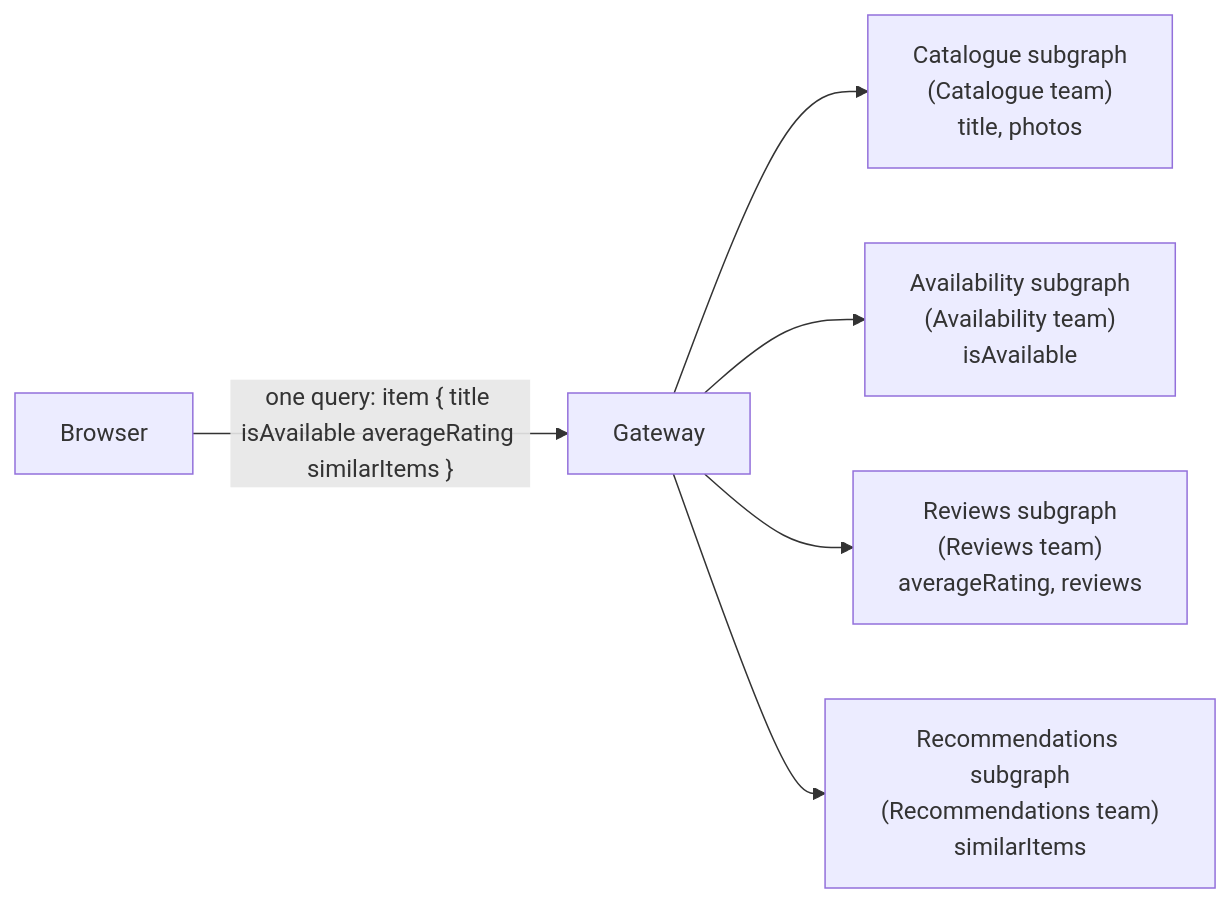
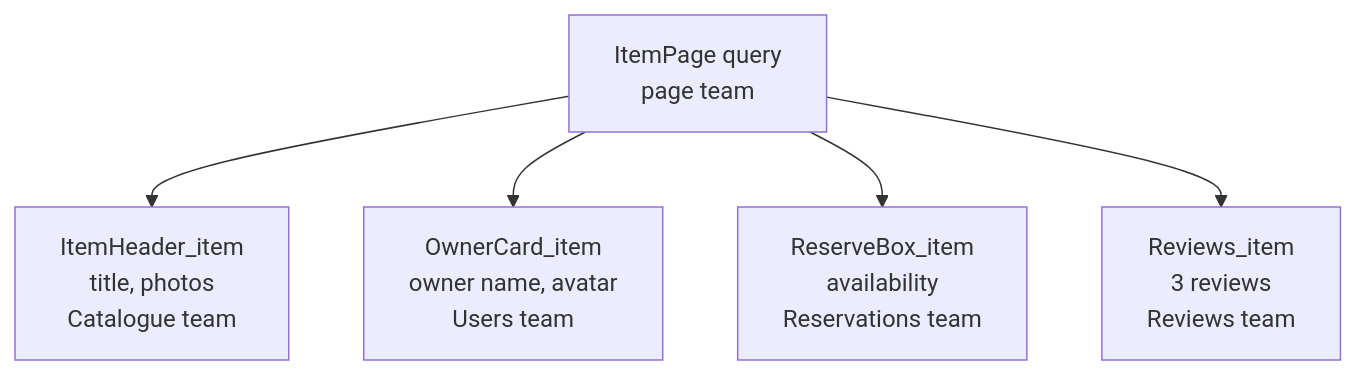
The fourth of 5 diagrams in topics/graphql-vs-rest/README.md (christiansany/cas-fee-26-frontend-challenges), drawn with Mermaid before and after one commit. The commit also changed other lines of this file and 8 other files, not shown here.

````diff
--- a/topics/graphql-vs-rest/README.md
+++ b/topics/graphql-vs-rest/README.md
@@ -303,8 +229,8 @@
 ```mermaid
-flowchart LR
-    B[Browser] -->|"one query: item { title isAvailable averageRating similarItems }"| GW[Gateway]
-    GW --> CAT["Catalogue subgraph<br/>(Catalogue team)<br/>title, photos"]
-    GW --> AV["Availability subgraph<br/>(Availability team)<br/>isAvailable"]
-    GW --> REV["Reviews subgraph<br/>(Reviews team)<br/>averageRating, reviews"]
-    GW --> REC["Recommendations subgraph<br/>(Recommendations team)<br/>similarItems"]
+flowchart TD
+    Q["ItemPage query<br/>page team"]
+    Q --> H["ItemHeader_item<br/>title, photos<br/>Catalogue team"]
+    Q --> O["OwnerCard_item<br/>owner name, avatar<br/>Users team"]
+    Q --> A["ReserveBox_item<br/>availability<br/>Reservations team"]
+    Q --> R["Reviews_item<br/>3 reviews<br/>Reviews team"]
 ```
````
